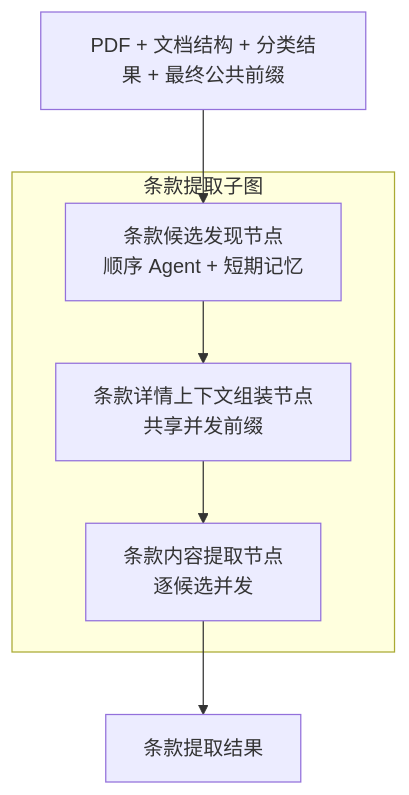
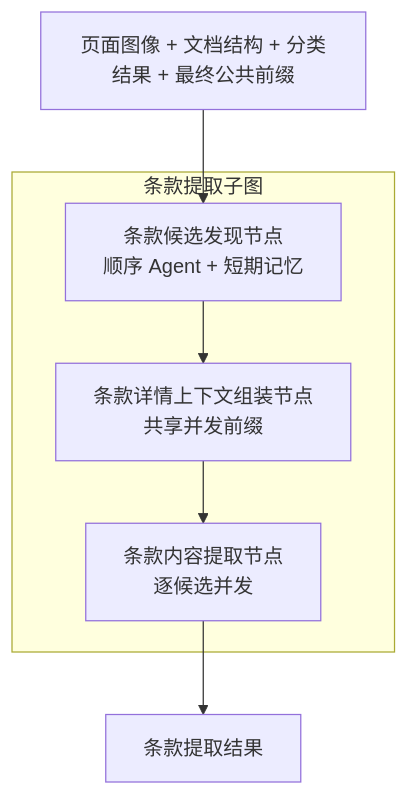
Before and after one commit to caicai-6666/contract-service-be: the diagram in description/architecture/workflow/contract-extraction/clause-extraction.md, drawn with Mermaid. The commit also changed other lines of this file and 79 other files, not shown here.

````diff
--- a/description/architecture/workflow/contract-extraction/clause-extraction.md
+++ b/description/architecture/workflow/contract-extraction/clause-extraction.md
@@ -11,14 +11,14 @@
 ```mermaid
 flowchart TD
-    input["PDF + 文档结构 + 分类结果 + 最终公共前缀"]
+    input["页面图像 + 文档结构 + 分类结果 + 最终公共前缀"]
 
     subgraph clause["条款提取子图"]
         discover["条款候选发现节点<br/>顺序 Agent + 短期记忆"]
         assemble["条款详情上下文组装节点<br/>共享并发前缀"]
         extract["条款内容提取节点<br/>逐候选并发"]
         discover --> assemble --> extract
     end
 
     input --> discover
     extract --> output["条款提取结果"]
 ```
````
